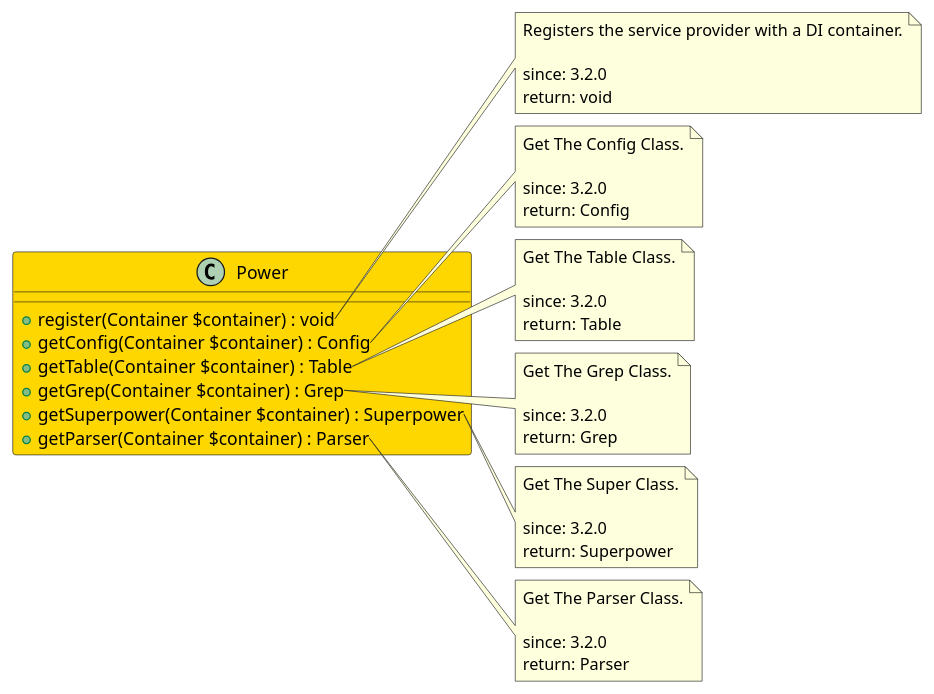
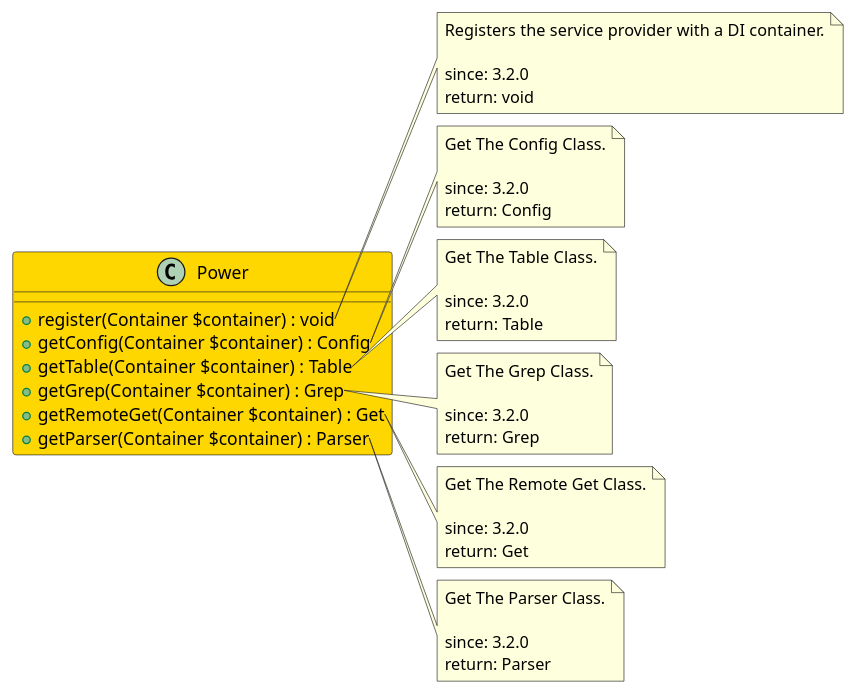
Before and after one commit to joomengine/jcb-compiler: the diagram in src/02bc072b-1e89-46c1-9732-4da77b1a9ac9/README.md, drawn with PlantUML. The commit also changed other lines of this file and 846 other files, not shown here.

````diff
--- a/src/02bc072b-1e89-46c1-9732-4da77b1a9ac9/README.md
+++ b/src/02bc072b-1e89-46c1-9732-4da77b1a9ac9/README.md
@@ -12,55 +12,55 @@
 ```uml
 @startuml
 class Power  #Gold {
   + register(Container $container) : void
   + getConfig(Container $container) : Config
   + getTable(Container $container) : Table
   + getGrep(Container $container) : Grep
-  + getSuperpower(Container $container) : Superpower
+  + getRemoteGet(Container $container) : Get
   + getParser(Container $container) : Parser
 }
 
 note right of Power::register
   Registers the service provider with a DI container.
 
   since: 3.2.0
   return: void
 end note
 
 note right of Power::getConfig
   Get The Config Class.
 
   since: 3.2.0
   return: Config
 end note
 
 note right of Power::getTable
   Get The Table Class.
 
   since: 3.2.0
   return: Table
 end note
 
 note right of Power::getGrep
   Get The Grep Class.
 
   since: 3.2.0
   return: Grep
 end note
 
-note right of Power::getSuperpower
-  Get The Super Class.
+note right of Power::getRemoteGet
+  Get The Remote Get Class.
 
   since: 3.2.0
-  return: Superpower
+  return: Get
 end note
 
 note right of Power::getParser
   Get The Parser Class.
 
   since: 3.2.0
   return: Parser
 end note
  
 @enduml
 ```
````
